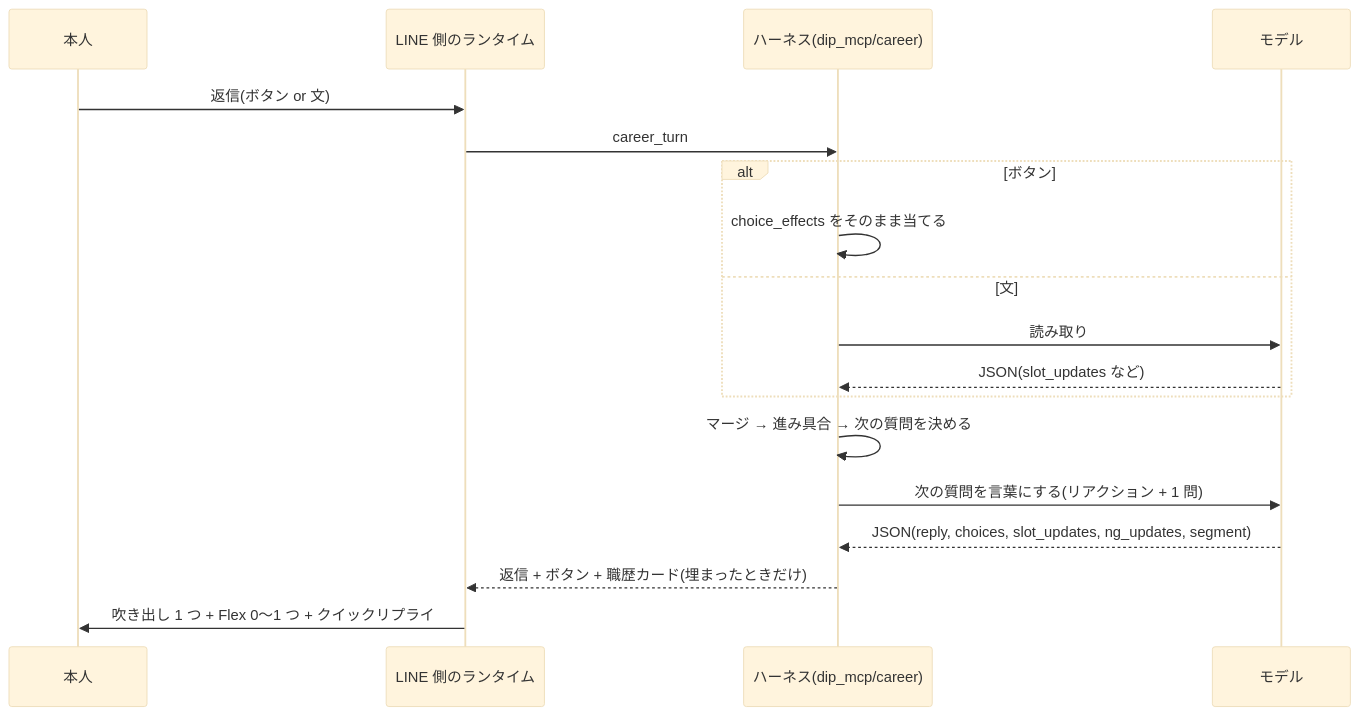
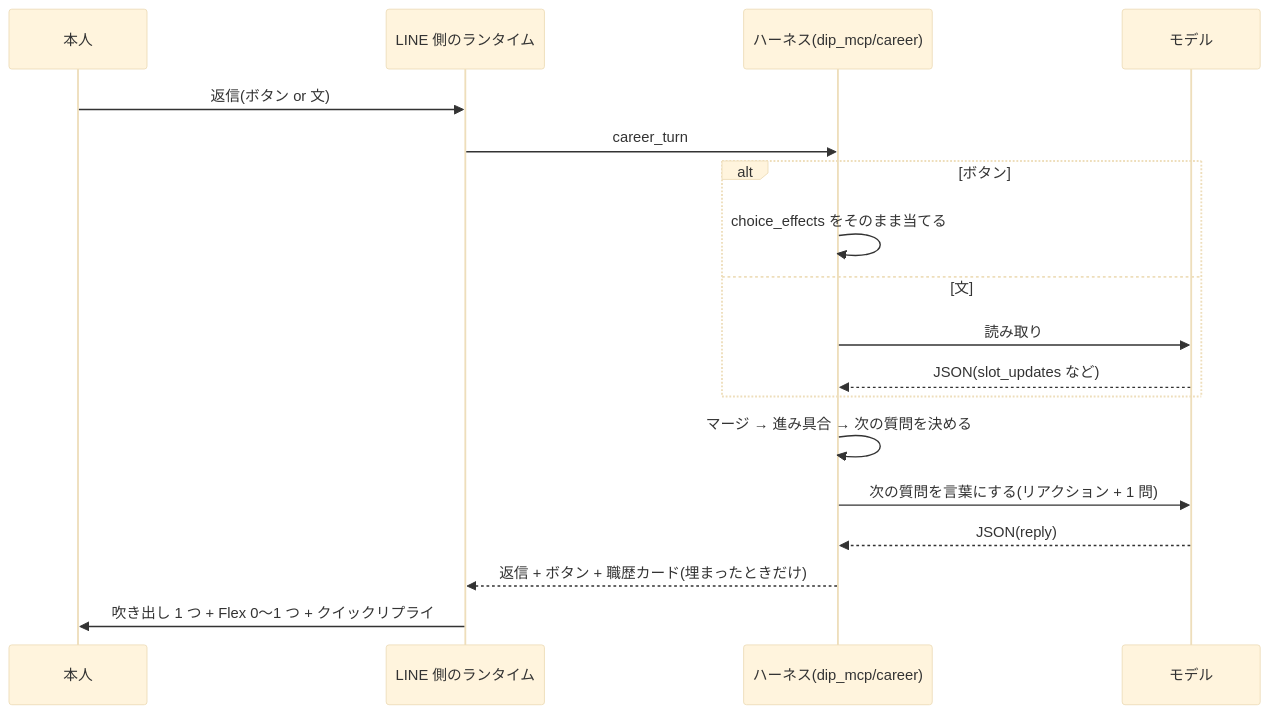
The diagram in docs/design/fulltime-hearing.md (jyoka/aica), drawn with Mermaid (base theme) before and after one commit. The commit also changed other lines of this file and 14 other files, not shown here.

````diff
--- a/docs/design/fulltime-hearing.md
+++ b/docs/design/fulltime-hearing.md
@@ -39,20 +39,20 @@
 ```mermaid
 sequenceDiagram
     participant U as 本人
     participant R as LINE 側のランタイム
     participant H as ハーネス(dip_mcp/career)
     participant M as モデル
     U->>R: 返信(ボタン or 文)
     R->>H: career_turn
     alt ボタン
         H->>H: choice_effects をそのまま当てる
     else 文
         H->>M: 読み取り
         M-->>H: JSON(slot_updates など)
     end
     H->>H: マージ → 進み具合 → 次の質問を決める
     H->>M: 次の質問を言葉にする(リアクション + 1 問)
-    M-->>H: JSON(reply, choices, slot_updates, ng_updates, segment)
+    M-->>H: JSON(reply)
     H-->>R: 返信 + ボタン + 職歴カード(埋まったときだけ)
     R->>U: 吹き出し 1 つ + Flex 0〜1 つ + クイックリプライ
 ```
````
